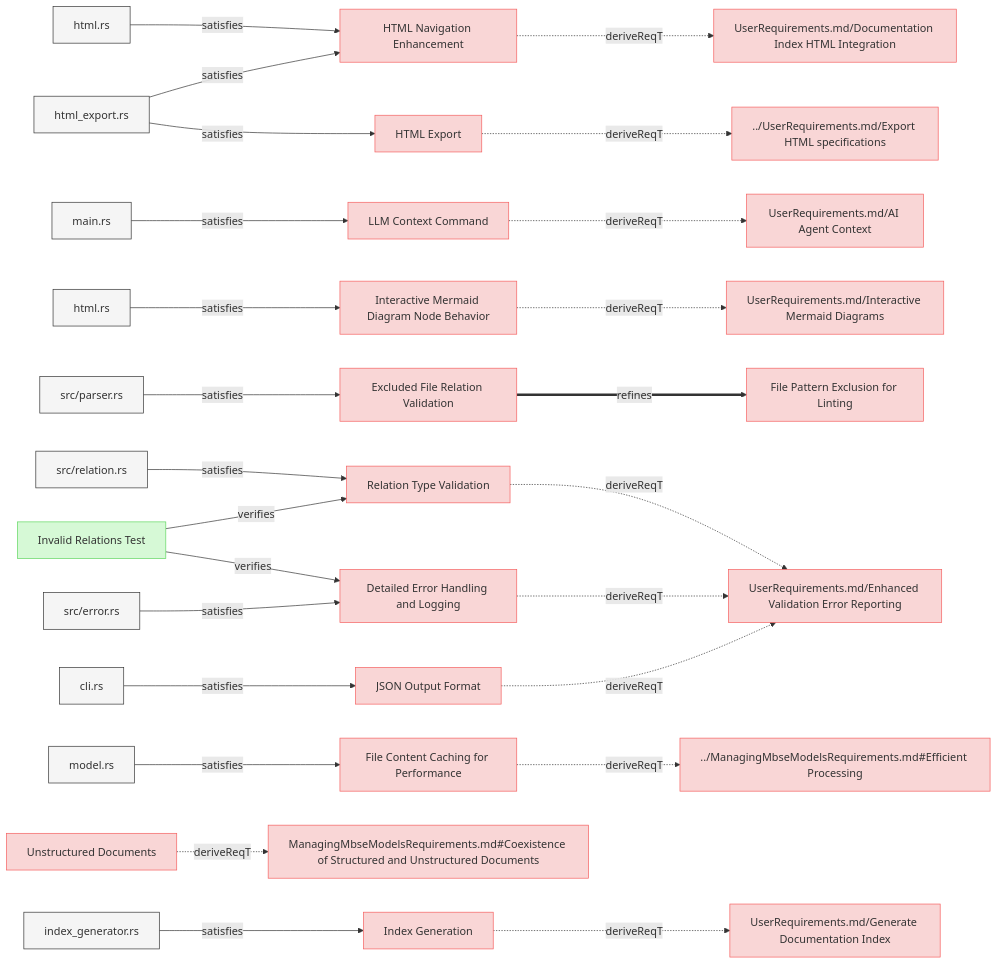
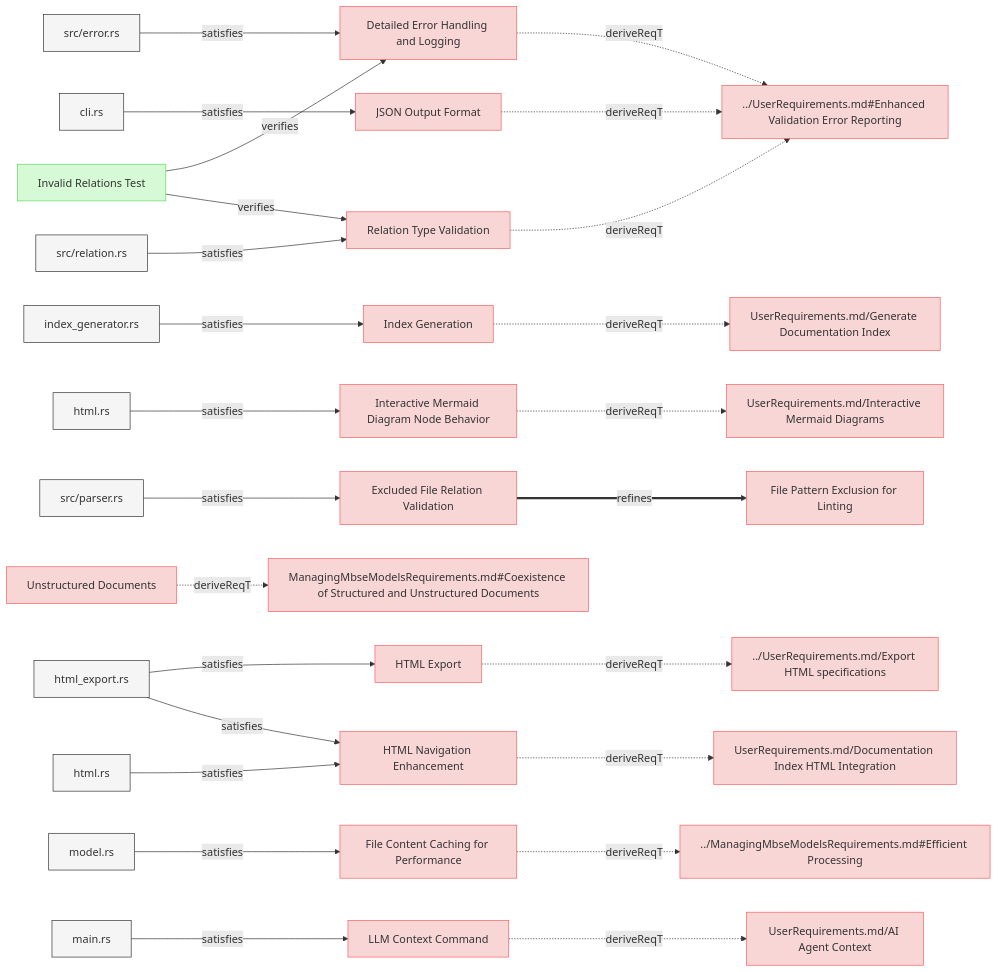
Before and after one commit to reqvire-org/reqvire: the third of 8 diagrams in specifications/SystemRequirements/Requirements.md, drawn with Mermaid. The commit also changed other lines of this file and 36 other files, not shown here.

````diff
--- a/specifications/SystemRequirements/Requirements.md
+++ b/specifications/SystemRequirements/Requirements.md
@@ -250,6 +250,100 @@
   classDef externalLink fill:#d0e0ff,stroke:#3080ff,stroke-width:1px;
   classDef default fill:#f5f5f5,stroke:#333333,stroke-width:1px;
 
+  bdfd9d65e4["Detailed Error Handling and Logging"];
+  click bdfd9d65e4 "Requirements.md#detailed-error-handling-and-logging";
+  class bdfd9d65e4 requirement;
+  7cf5cf9900["../UserRequirements.md#Enhanced Validation Error Reporting"];
+  class 7cf5cf9900 requirement;
+  click 7cf5cf9900 "../UserRequirements.md#enhanced-validation-error-reporting";
+  bdfd9d65e4 -.->|deriveReqT| 7cf5cf9900;
+  8cd8a561b4["src/error.rs"];
+  class 8cd8a561b4 default;
+  click 8cd8a561b4 "../../core/src/error.rs";
+  8cd8a561b4 -->|satisfies| bdfd9d65e4;
+  fbf9362574["Invalid Relations Test"];
+  class fbf9362574 verification;
+  click fbf9362574 "../Verifications/ValidationTests.md#invalid-relations-test";
+  fbf9362574 -->|verifies| bdfd9d65e4;
+  8acd24c7c2["Index Generation"];
+  click 8acd24c7c2 "Requirements.md#index-generation";
+  class 8acd24c7c2 requirement;
+  f5b5eaeb28["UserRequirements.md/Generate Documentation Index"];
+  class f5b5eaeb28 requirement;
+  click f5b5eaeb28 "../UserRequirements.md#generate-documentation-index";
+  8acd24c7c2 -.->|deriveReqT| f5b5eaeb28;
+  3ef6afafe2["index_generator.rs"];
+  class 3ef6afafe2 default;
+  click 3ef6afafe2 "../../core/src/index_generator.rs";
+  3ef6afafe2 -->|satisfies| 8acd24c7c2;
+  7a8da8dfee["Interactive Mermaid Diagram Node Behavior"];
+  click 7a8da8dfee "Requirements.md#interactive-mermaid-diagram-node-behavior";
+  class 7a8da8dfee requirement;
+  e867499409["UserRequirements.md/Interactive Mermaid Diagrams"];
+  class e867499409 requirement;
+  click e867499409 "../UserRequirements.md#interactive-mermaid-diagrams";
+  7a8da8dfee -.->|deriveReqT| e867499409;
+  d4240e2969["html.rs"];
+  class d4240e2969 default;
+  click d4240e2969 "../../core/src/diagrams.rs";
+  d4240e2969 -->|satisfies| 7a8da8dfee;
+  c5c85bedd1["Excluded File Relation Validation"];
+  click c5c85bedd1 "Requirements.md#excluded-file-relation-validation";
+  class c5c85bedd1 requirement;
+  45770e9b31["File Pattern Exclusion for Linting"];
+  class 45770e9b31 requirement;
+  click 45770e9b31 "Requirements.md#file-pattern-exclusion-for-linting";
+  c5c85bedd1 ==>|refines| 45770e9b31;
+  3b1e87396c["src/parser.rs"];
+  class 3b1e87396c default;
+  click 3b1e87396c "../../core/src/parser.rs";
+  3b1e87396c -->|satisfies| c5c85bedd1;
+  5ec6a2668b["JSON Output Format"];
+  click 5ec6a2668b "Requirements.md#json-output-format";
+  class 5ec6a2668b requirement;
+  5ec6a2668b -.->|deriveReqT| 7cf5cf9900;
+  11ffc4632a["cli.rs"];
+  class 11ffc4632a default;
+  click 11ffc4632a "../../cli/src/cli.rs";
+  11ffc4632a -->|satisfies| 5ec6a2668b;
+  5870488e00["Relation Type Validation"];
+  click 5870488e00 "Requirements.md#relation-type-validation";
+  class 5870488e00 requirement;
+  5870488e00 -.->|deriveReqT| 7cf5cf9900;
+  ed4f94bde9["src/relation.rs"];
+  class ed4f94bde9 default;
+  click ed4f94bde9 "../../core/src/relation.rs";
+  ed4f94bde9 -->|satisfies| 5870488e00;
+  fbf9362574 -->|verifies| 5870488e00;
+  5a1719a264["Unstructured Documents"];
+  click 5a1719a264 "Requirements.md#unstructured-documents";
+  class 5a1719a264 requirement;
+  daadd8e583["ManagingMbseModelsRequirements.md#Coexistence of Structured and Unstructured Documents"];
+  class daadd8e583 requirement;
+  click daadd8e583 "../ManagingMbseModelsRequirements.md#coexistence-of-structured-and-unstructured-documents";
+  5a1719a264 -.->|deriveReqT| daadd8e583;
+  c8b6ccc187["HTML Export"];
+  click c8b6ccc187 "Requirements.md#html-export";
+  class c8b6ccc187 requirement;
+  72c7eda618["../UserRequirements.md/Export HTML specifications"];
+  class 72c7eda618 requirement;
+  click 72c7eda618 "../UserRequirements.md#export-html-specifications";
+  c8b6ccc187 -.->|deriveReqT| 72c7eda618;
+  8cb11d152f["html_export.rs"];
+  class 8cb11d152f default;
+  click 8cb11d152f "../../core/src/html_export.rs";
+  8cb11d152f -->|satisfies| c8b6ccc187;
+  98bd2bd6bd["File Content Caching for Performance"];
+  click 98bd2bd6bd "Requirements.md#file-content-caching-for-performance";
+  class 98bd2bd6bd requirement;
+  21e4eb87cb["../ManagingMbseModelsRequirements.md#Efficient Processing"];
+  class 21e4eb87cb requirement;
+  click 21e4eb87cb "../ManagingMbseModelsRequirements.md#efficient-processing";
+  98bd2bd6bd -.->|deriveReqT| 21e4eb87cb;
+  6136c216c9["model.rs"];
+  class 6136c216c9 default;
+  click 6136c216c9 "../../core/src/model.rs";
+  6136c216c9 -->|satisfies| 98bd2bd6bd;
   86e0701b6c["HTML Navigation Enhancement"];
   click 86e0701b6c "Requirements.md#html-navigation-enhancement";
   class 86e0701b6c requirement;
@@ -261,9 +355,6 @@
   class c788e5b84f default;
   click c788e5b84f "../../core/src/html.rs";
   c788e5b84f -->|satisfies| 86e0701b6c;
-  8cb11d152f["html_export.rs"];
-  class 8cb11d152f default;
-  click 8cb11d152f "../../core/src/html_export.rs";
   8cb11d152f -->|satisfies| 86e0701b6c;
   8ba9c7e059["LLM Context Command"];
   click 8ba9c7e059 "Requirements.md#llm-context-command";
@@ -276,95 +367,4 @@
   class 4a5edefd6e default;
   click 4a5edefd6e "../../cli/src/main.rs";
   4a5edefd6e -->|satisfies| 8ba9c7e059;
-  7a8da8dfee["Interactive Mermaid Diagram Node Behavior"];
-  click 7a8da8dfee "Requirements.md#interactive-mermaid-diagram-node-behavior";
-  class 7a8da8dfee requirement;
-  e867499409["UserRequirements.md/Interactive Mermaid Diagrams"];
-  class e867499409 requirement;
-  click e867499409 "../UserRequirements.md#interactive-mermaid-diagrams";
-  7a8da8dfee -.->|deriveReqT| e867499409;
-  d4240e2969["html.rs"];
-  class d4240e2969 default;
-  click d4240e2969 "../../core/src/diagrams.rs";
-  d4240e2969 -->|satisfies| 7a8da8dfee;
-  c8b6ccc187["HTML Export"];
-  click c8b6ccc187 "Requirements.md#html-export";
-  class c8b6ccc187 requirement;
-  72c7eda618["../UserRequirements.md/Export HTML specifications"];
-  class 72c7eda618 requirement;
-  click 72c7eda618 "../UserRequirements.md#export-html-specifications";
-  c8b6ccc187 -.->|deriveReqT| 72c7eda618;
-  8cb11d152f -->|satisfies| c8b6ccc187;
-  c5c85bedd1["Excluded File Relation Validation"];
-  click c5c85bedd1 "Requirements.md#excluded-file-relation-validation";
-  class c5c85bedd1 requirement;
-  45770e9b31["File Pattern Exclusion for Linting"];
-  class 45770e9b31 requirement;
-  click 45770e9b31 "Requirements.md#file-pattern-exclusion-for-linting";
-  c5c85bedd1 ==>|refines| 45770e9b31;
-  3b1e87396c["src/parser.rs"];
-  class 3b1e87396c default;
-  click 3b1e87396c "../../core/src/parser.rs";
-  3b1e87396c -->|satisfies| c5c85bedd1;
-  5870488e00["Relation Type Validation"];
-  click 5870488e00 "Requirements.md#relation-type-validation";
-  class 5870488e00 requirement;
-  7cf5cf9900["UserRequirements.md/Enhanced Validation Error Reporting"];
-  class 7cf5cf9900 requirement;
-  click 7cf5cf9900 "../UserRequirements.md#enhanced-validation-error-reporting";
-  5870488e00 -.->|deriveReqT| 7cf5cf9900;
-  ed4f94bde9["src/relation.rs"];
-  class ed4f94bde9 default;
-  click ed4f94bde9 "../../core/src/relation.rs";
-  ed4f94bde9 -->|satisfies| 5870488e00;
-  fbf9362574["Invalid Relations Test"];
-  class fbf9362574 verification;
-  click fbf9362574 "../Verifications/ValidationTests.md#invalid-relations-test";
-  fbf9362574 -->|verifies| 5870488e00;
-  98bd2bd6bd["File Content Caching for Performance"];
-  click 98bd2bd6bd "Requirements.md#file-content-caching-for-performance";
-  class 98bd2bd6bd requirement;
-  21e4eb87cb["../ManagingMbseModelsRequirements.md#Efficient Processing"];
-  class 21e4eb87cb requirement;
-  click 21e4eb87cb "../ManagingMbseModelsRequirements.md#efficient-processing";
-  98bd2bd6bd -.->|deriveReqT| 21e4eb87cb;
-  6136c216c9["model.rs"];
-  class 6136c216c9 default;
-  click 6136c216c9 "../../core/src/model.rs";
-  6136c216c9 -->|satisfies| 98bd2bd6bd;
-  8acd24c7c2["Index Generation"];
-  click 8acd24c7c2 "Requirements.md#index-generation";
-  class 8acd24c7c2 requirement;
-  f5b5eaeb28["UserRequirements.md/Generate Documentation Index"];
-  class f5b5eaeb28 requirement;
-  click f5b5eaeb28 "../UserRequirements.md#generate-documentation-index";
-  8acd24c7c2 -.->|deriveReqT| f5b5eaeb28;
-  3ef6afafe2["index_generator.rs"];
-  class 3ef6afafe2 default;
-  click 3ef6afafe2 "../../core/src/index_generator.rs";
-  3ef6afafe2 -->|satisfies| 8acd24c7c2;
-  bdfd9d65e4["Detailed Error Handling and Logging"];
-  click bdfd9d65e4 "Requirements.md#detailed-error-handling-and-logging";
-  class bdfd9d65e4 requirement;
-  bdfd9d65e4 -.->|deriveReqT| 7cf5cf9900;
-  8cd8a561b4["src/error.rs"];
-  class 8cd8a561b4 default;
-  click 8cd8a561b4 "../../core/src/error.rs";
-  8cd8a561b4 -->|satisfies| bdfd9d65e4;
-  fbf9362574 -->|verifies| bdfd9d65e4;
-  5a1719a264["Unstructured Documents"];
-  click 5a1719a264 "Requirements.md#unstructured-documents";
-  class 5a1719a264 requirement;
-  daadd8e583["ManagingMbseModelsRequirements.md#Coexistence of Structured and Unstructured Documents"];
-  class daadd8e583 requirement;
-  click daadd8e583 "../ManagingMbseModelsRequirements.md#coexistence-of-structured-and-unstructured-documents";
-  5a1719a264 -.->|deriveReqT| daadd8e583;
-  5ec6a2668b["JSON Output Format"];
-  click 5ec6a2668b "Requirements.md#json-output-format";
-  class 5ec6a2668b requirement;
-  5ec6a2668b -.->|deriveReqT| 7cf5cf9900;
-  11ffc4632a["cli.rs"];
-  class 11ffc4632a default;
-  click 11ffc4632a "../../cli/src/cli.rs";
-  11ffc4632a -->|satisfies| 5ec6a2668b;
 ```
````
